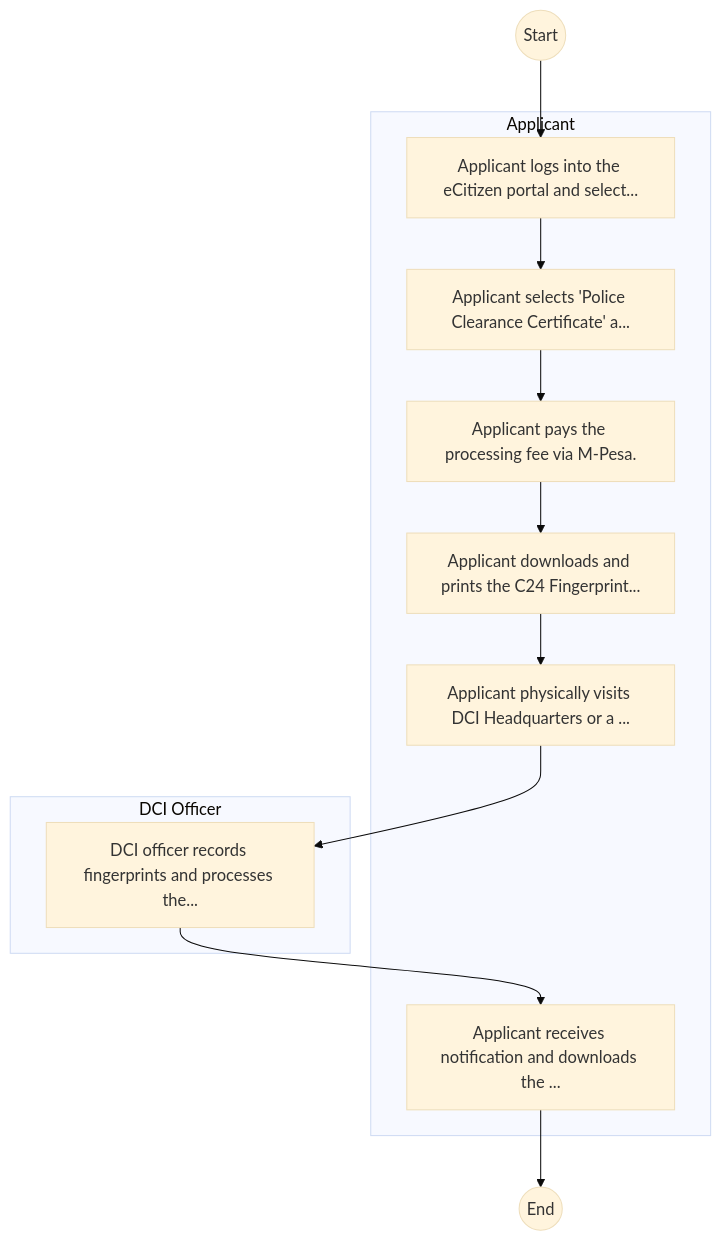
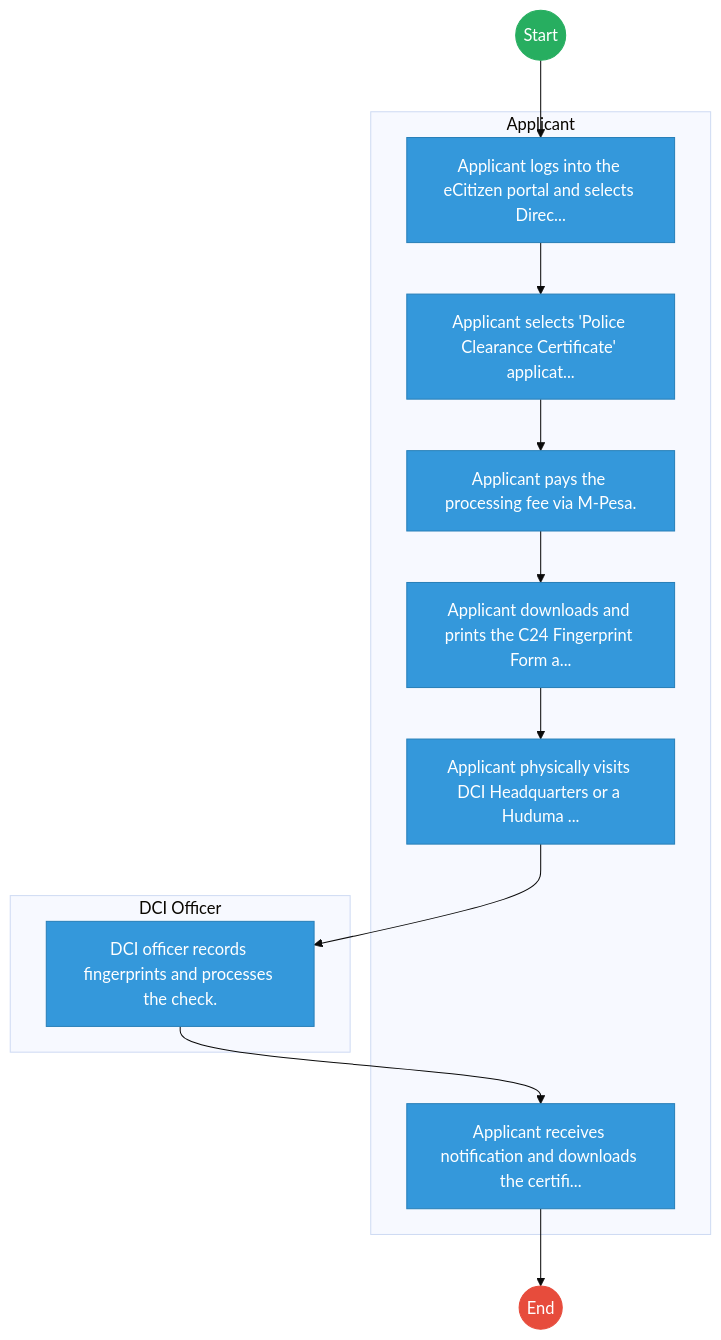
Before and after one commit to BITZ-IT-Consulting-LTD/ictapoc: the first of 2 diagrams in mdas/docs_final/NATIONAL_POLICE_SERVICE_NPS____Service_Delivery.md, drawn with Mermaid (base theme). The commit also changed other lines of this file and 461 other files, not shown here.

````diff
--- a/mdas/docs_final/NATIONAL_POLICE_SERVICE_NPS____Service_Delivery.md
+++ b/mdas/docs_final/NATIONAL_POLICE_SERVICE_NPS____Service_Delivery.md
@@ -20,22 +20,33 @@
 ```mermaid
 graph TD
     Start((Start)) --> S1
+
     subgraph Applicant [Applicant]
-        S1["Applicant logs into the eCitizen portal and select..."]
-        S2["Applicant selects 'Police Clearance Certificate' a..."]
+        S1["Applicant logs into the eCitizen portal and selects Direc..."]
+        S2["Applicant selects 'Police Clearance Certificate' applicat..."]
         S3["Applicant pays the processing fee via M-Pesa."]
-        S4["Applicant downloads and prints the C24 Fingerprint..."]
-        S5["Applicant physically visits DCI Headquarters or a ..."]
-        S7["Applicant receives notification and downloads the ..."]
+        S4["Applicant downloads and prints the C24 Fingerprint Form a..."]
+        S5["Applicant physically visits DCI Headquarters or a Huduma ..."]
+        S7["Applicant receives notification and downloads the certifi..."]
     end
-    subgraph DCIOfficer [DCI Officer]
-        S6["DCI officer records fingerprints and processes the..."]
+
+    subgraph DCI_Officer [DCI Officer]
+        S6["DCI officer records fingerprints and processes the check."]
     end
     S1 --> S2
     S2 --> S3
     S3 --> S4
     S4 --> S5
     S5 --> S6
     S6 --> S7
     S7 --> End((End))
+
+    classDef start fill:#27ae60,stroke:#27ae60,color:#fff;
+    classDef endNode fill:#e74c3c,stroke:#e74c3c,color:#fff;
+    classDef userTask fill:#3498db,stroke:#2980b9,color:#fff;
+    classDef serviceTask fill:#9b59b6,stroke:#8e44ad,color:#fff;
+
+    class Start start;
+    class End endNode;
+    class S1,S2,S3,S4,S5,S6,S7 userTask;
 ```
````
